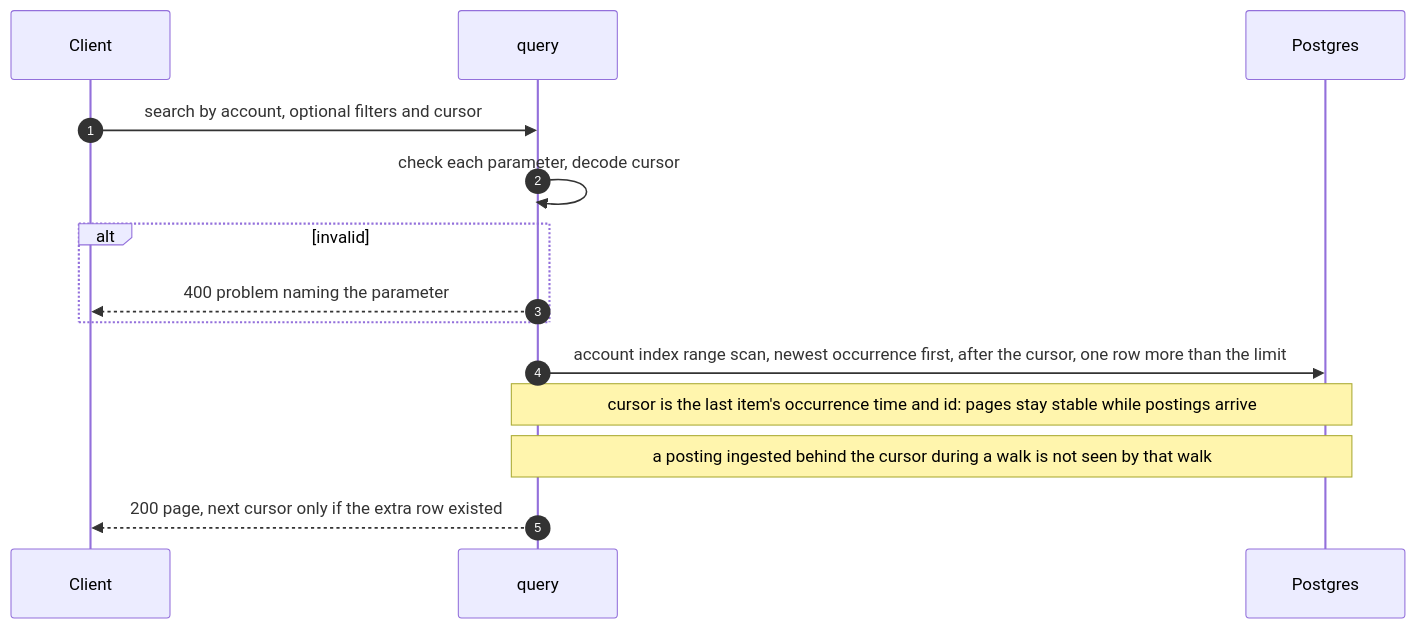
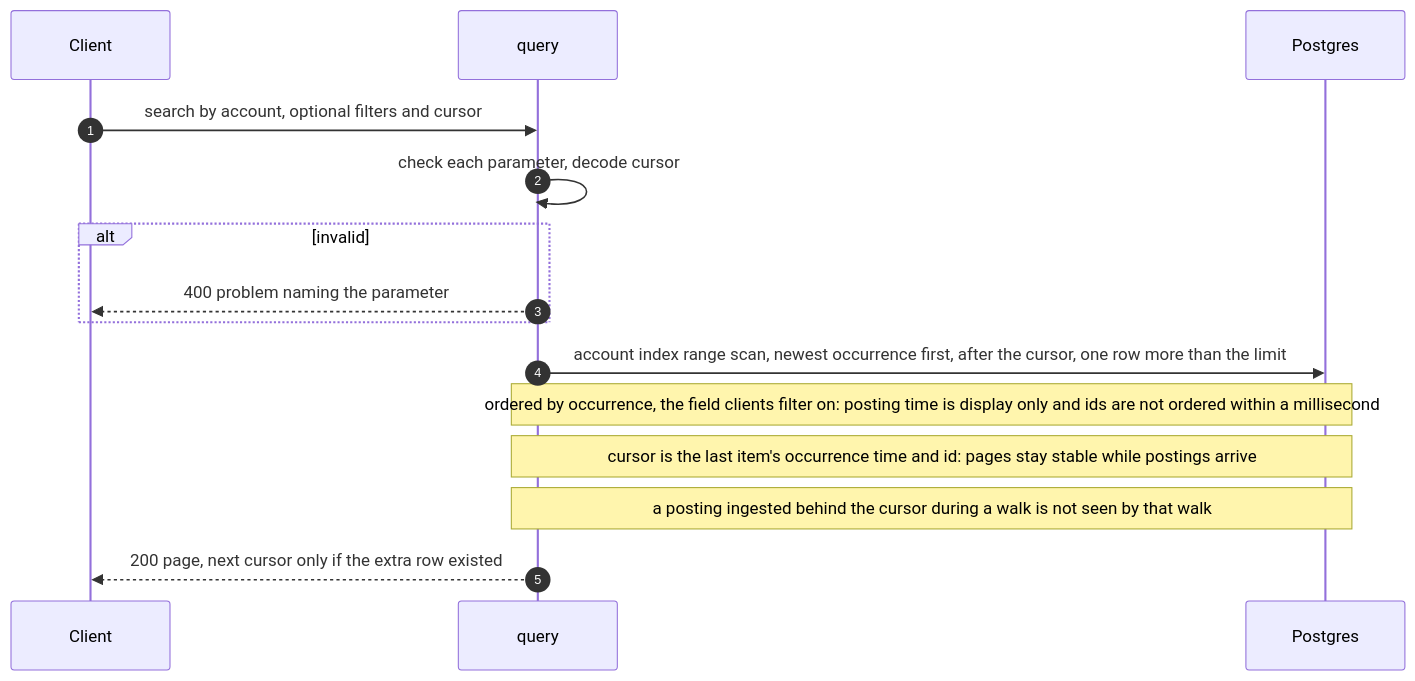
The diagram in services/query/docs/transaction-search.md (apulbere/ledger), drawn with Mermaid before and after one commit. The commit also changed 8 other files, not shown here.

````diff
--- a/services/query/docs/transaction-search.md
+++ b/services/query/docs/transaction-search.md
@@ -5,16 +5,17 @@
 ```mermaid
 sequenceDiagram
     autonumber
     participant C as Client
     participant Q as query
     participant DB as Postgres
     C->>Q: search by account, optional filters and cursor
     Q->>Q: check each parameter, decode cursor
     alt invalid
         Q-->>C: 400 problem naming the parameter
     end
     Q->>DB: account index range scan, newest occurrence first, after the cursor, one row more than the limit
+    Note over Q,DB: ordered by occurrence, the field clients filter on: posting time is display only and ids are not ordered within a millisecond
     Note over Q,DB: cursor is the last item's occurrence time and id: pages stay stable while postings arrive
     Note over Q,DB: a posting ingested behind the cursor during a walk is not seen by that walk
     Q-->>C: 200 page, next cursor only if the extra row existed
 ```
````
